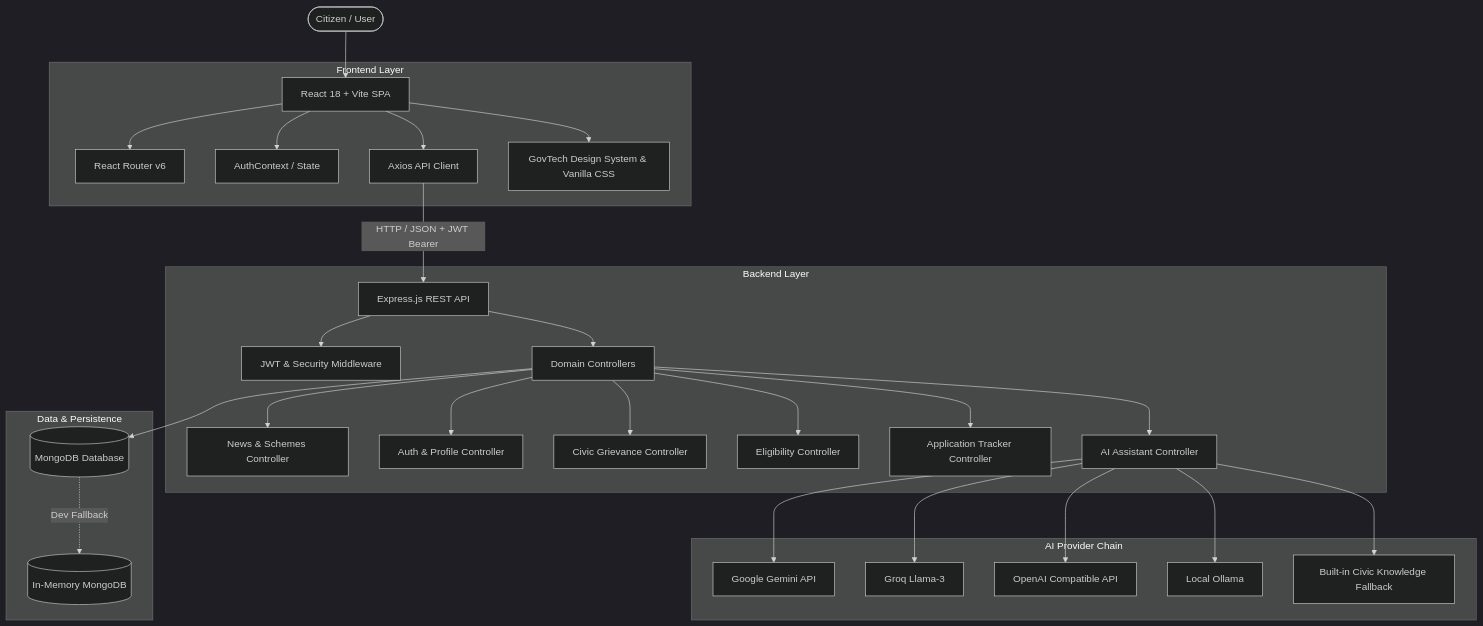
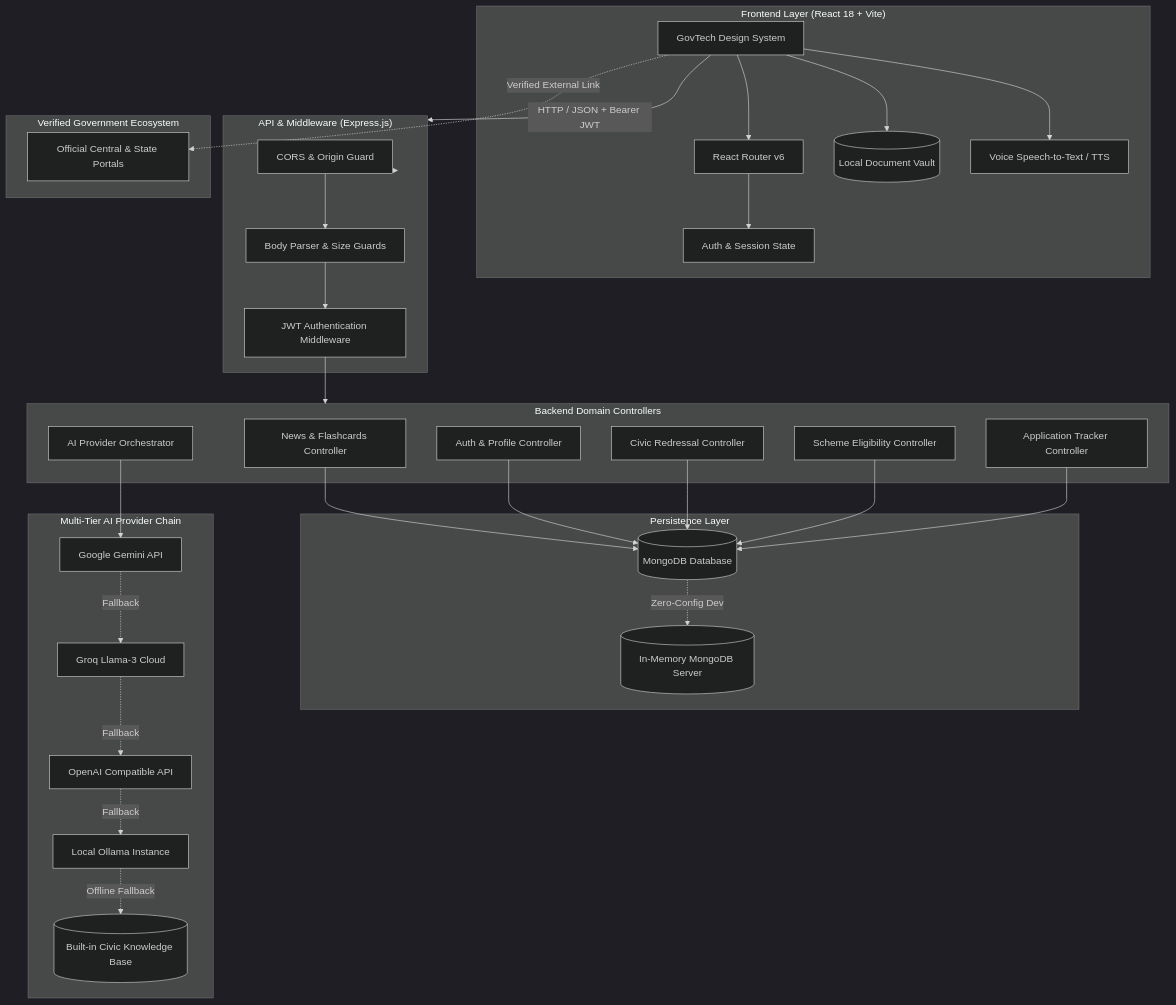
The diagram in README.md (irksome06/SevaAi), drawn with Mermaid (dark theme) before and after one commit. The commit also changed other lines of this file, not shown here.

````diff
--- a/README.md
+++ b/README.md
@@ -72,37 +92,61 @@
 ```mermaid
 flowchart TD
-    User([Citizen / User]) --> Frontend[React 18 + Vite SPA]
-    
-    subgraph Frontend Layer
-        Frontend --> Router[React Router v6]
-        Frontend --> AuthCtx[AuthContext / State]
-        Frontend --> APIClient[Axios API Client]
-        Frontend --> UILayer[GovTech Design System & Vanilla CSS]
+    subgraph Client ["Frontend Layer (React 18 + Vite)"]
+        UI[GovTech Design System]
+        Router[React Router v6]
+        AuthContext[Auth & Session State]
+        DocVault[(Local Document Vault)]
+        VoiceModule[Voice Speech-to-Text / TTS]
     end
 
-    APIClient -->|HTTP / JSON + JWT Bearer| Backend[Express.js REST API]
-
-    subgraph Backend Layer
-        Backend --> AuthMW[JWT & Security Middleware]
-        Backend --> Controllers[Domain Controllers]
-        Controllers --> NewsCtrl[News & Schemes Controller]
-        Controllers --> AuthCtrl[Auth & Profile Controller]
-        Controllers --> CivicCtrl[Civic Grievance Controller]
-        Controllers --> SchemeCtrl[Eligibility Controller]
-        Controllers --> TrackCtrl[Application Tracker Controller]
-        Controllers --> AICtrl[AI Assistant Controller]
+    subgraph Gateway ["API & Middleware (Express.js)"]
+        CorsMW[CORS & Origin Guard]
+        RateMW[Body Parser & Size Guards]
+        JWTMW[JWT Authentication Middleware]
     end
 
-    subgraph Data & Persistence
-        Controllers --> MongoDB[(MongoDB Database)]
-        MongoDB -.->|Dev Fallback| MongoMem[(In-Memory MongoDB)]
+    subgraph CoreServices ["Backend Domain Controllers"]
+        NewsCtrl[News & Flashcards Controller]
+        AuthCtrl[Auth & Profile Controller]
+        CivicCtrl[Civic Redressal Controller]
+        SchemeCtrl[Scheme Eligibility Controller]
+        TrackCtrl[Application Tracker Controller]
+        AICtrl[AI Provider Orchestrator]
     end
 
-    subgraph AI Provider Chain
-        AICtrl --> Gemini[Google Gemini API]
-        AICtrl --> Groq[Groq Llama-3]
-        AICtrl --> OpenAI[OpenAI Compatible API]
-        AICtrl --> Ollama[Local Ollama]
-        AICtrl --> FallbackEngine[Built-in Civic Knowledge Fallback]
+    subgraph DataStore ["Persistence Layer"]
+        MongoDB[(MongoDB Database)]
+        MongoMem[(In-Memory MongoDB Server)]
     end
+
+    subgraph AIChain ["Multi-Tier AI Provider Chain"]
+        Gemini[Google Gemini API]
+        Groq[Groq Llama-3 Cloud]
+        OpenAI[OpenAI Compatible API]
+        Ollama[Local Ollama Instance]
+        CivicKB[(Built-in Civic Knowledge Base)]
+    end
+
+    subgraph Portals ["Verified Government Ecosystem"]
+        GovPortals[Official Central & State Portals]
+    end
+
+    UI --> Router
+    Router --> AuthContext
+    UI --> DocVault
+    UI --> VoiceModule
+    UI -->|HTTP / JSON + Bearer JWT| Gateway
+
+    Gateway --> CorsMW --> RateMW --> JWTMW --> CoreServices
+
+    NewsCtrl & AuthCtrl & CivicCtrl & SchemeCtrl & TrackCtrl --> MongoDB
+    MongoDB -.->|Zero-Config Dev| MongoMem
+
+    AICtrl --> Gemini
+    Gemini -.->|Fallback| Groq
+    Groq -.->|Fallback| OpenAI
+    OpenAI -.->|Fallback| Ollama
+    Ollama -.->|Offline Fallback| CivicKB
+
+    UI -.->|Verified External Link| GovPortals
 ```
````
